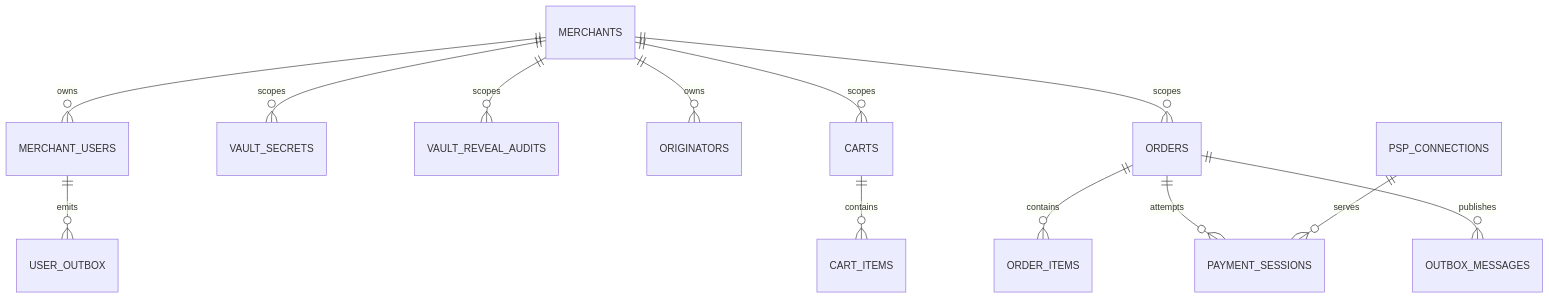
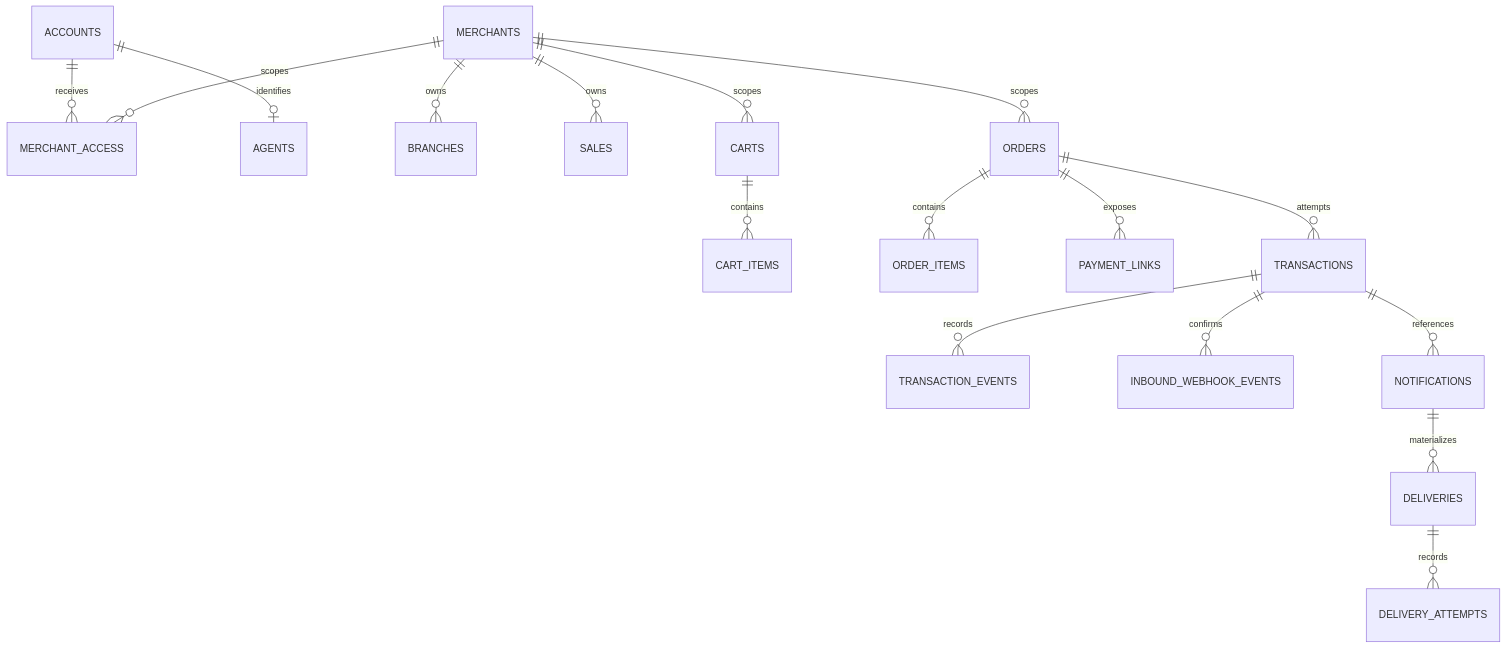
Before and after one commit to metrodiesign/pol-core: the second of 2 diagrams in docs/reference/merchant-commerce-payment-erd-revised-kyc-simplified.md, drawn with Mermaid. The commit also changed other lines of this file and 15 other files, not shown here.

````diff
--- a/docs/reference/merchant-commerce-payment-erd-revised-kyc-simplified.md
+++ b/docs/reference/merchant-commerce-payment-erd-revised-kyc-simplified.md
@@ -21,15 +22,19 @@
 ```mermaid
 erDiagram
-    MERCHANTS ||--o{ MERCHANT_USERS : owns
-    MERCHANTS ||--o{ VAULT_SECRETS : scopes
-    MERCHANTS ||--o{ VAULT_REVEAL_AUDITS : scopes
-    MERCHANTS ||--o{ ORIGINATORS : owns
+    ACCOUNTS ||--o{ MERCHANT_ACCESS : receives
+    ACCOUNTS ||--o| AGENTS : identifies
+    MERCHANTS ||--o{ MERCHANT_ACCESS : scopes
+    MERCHANTS ||--o{ BRANCHES : owns
+    MERCHANTS ||--o{ SALES : owns
     MERCHANTS ||--o{ CARTS : scopes
     CARTS ||--o{ CART_ITEMS : contains
     MERCHANTS ||--o{ ORDERS : scopes
     ORDERS ||--o{ ORDER_ITEMS : contains
-    ORDERS ||--o{ PAYMENT_SESSIONS : attempts
-    PSP_CONNECTIONS ||--o{ PAYMENT_SESSIONS : serves
-    MERCHANT_USERS ||--o{ USER_OUTBOX : emits
-    ORDERS ||--o{ OUTBOX_MESSAGES : publishes
+    ORDERS ||--o{ PAYMENT_LINKS : exposes
+    ORDERS ||--o{ TRANSACTIONS : attempts
+    TRANSACTIONS ||--o{ TRANSACTION_EVENTS : records
+    TRANSACTIONS ||--o{ INBOUND_WEBHOOK_EVENTS : confirms
+    TRANSACTIONS ||--o{ NOTIFICATIONS : references
+    NOTIFICATIONS ||--o{ DELIVERIES : materializes
+    DELIVERIES ||--o{ DELIVERY_ATTEMPTS : records
 ```
````
